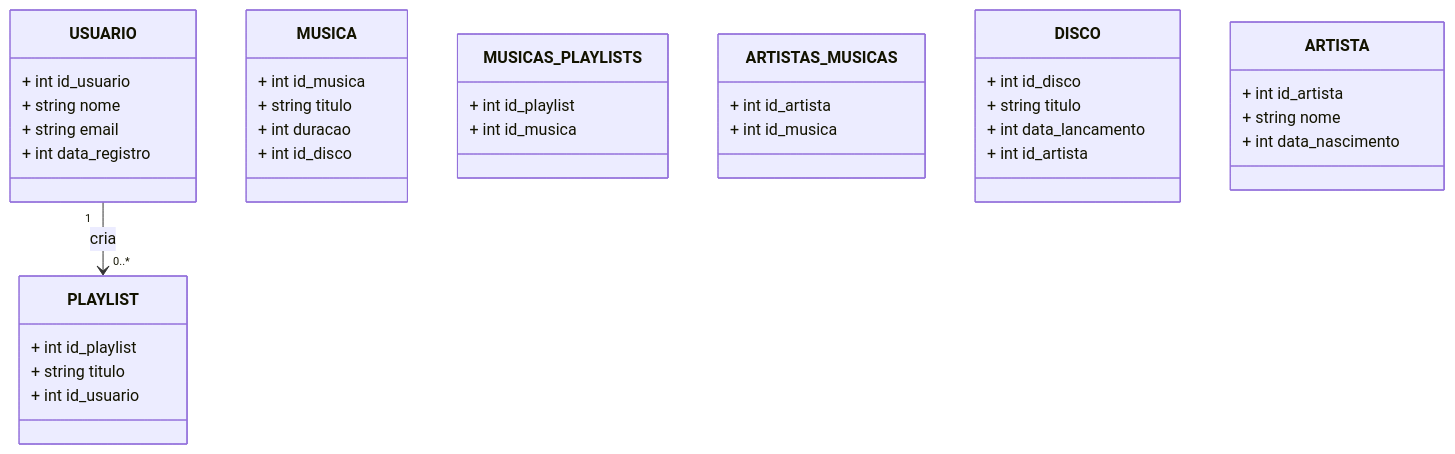
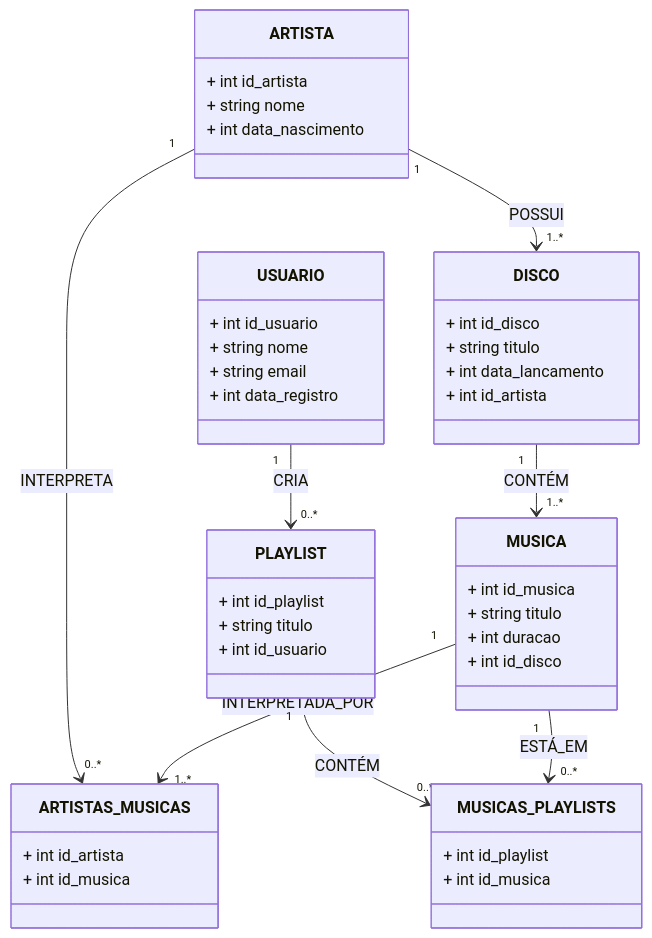
The diagram in README.md (iagorosa28/sistema_de_streaming_de_musica_banco_de_dados), drawn with Mermaid before and after one commit.

````diff
--- a/README.md
+++ b/README.md
@@ -21,42 +21,48 @@
 ```mermaid
 classDiagram
 
-   USUARIO "1" --> "0..*" PLAYLIST : cria
+   USUARIO "1" --> "0..*" PLAYLIST : CRIA
+   PLAYLIST "1" --> "0..*" MUSICAS_PLAYLISTS : CONTÉM
+   MUSICA "1" --> "0..*" MUSICAS_PLAYLISTS : ESTÁ_EM
+   ARTISTA "1" --> "0..*" ARTISTAS_MUSICAS : INTERPRETA
+   MUSICA "1" --> "1..*" ARTISTAS_MUSICAS : INTERPRETADA_POR
+   ARTISTA "1" --> "1..*" DISCO : POSSUI
+   DISCO "1" --> "1..*" MUSICA : CONTÉM
 
    class MUSICA
    MUSICA : + int id_musica
    MUSICA : + string titulo
    MUSICA : + int duracao
    MUSICA : + int id_disco
 
    class MUSICAS_PLAYLISTS
    MUSICAS_PLAYLISTS : + int id_playlist
    MUSICAS_PLAYLISTS : + int id_musica
 
    class ARTISTAS_MUSICAS
    ARTISTAS_MUSICAS : + int id_artista
    ARTISTAS_MUSICAS : + int id_musica
 
    class DISCO
    DISCO : + int id_disco
    DISCO : + string titulo
    DISCO : + int data_lancamento
    DISCO : + int id_artista
 
    class ARTISTA
    ARTISTA : + int id_artista
    ARTISTA : + string nome
    ARTISTA : + int data_nascimento
 
    class PLAYLIST
    PLAYLIST : + int id_playlist
    PLAYLIST : + string titulo
    PLAYLIST : + int id_usuario
 
     class USUARIO
     USUARIO : + int id_usuario
     USUARIO : + string nome
     USUARIO : + string email
     USUARIO : + int data_registro
 
 ```
````
